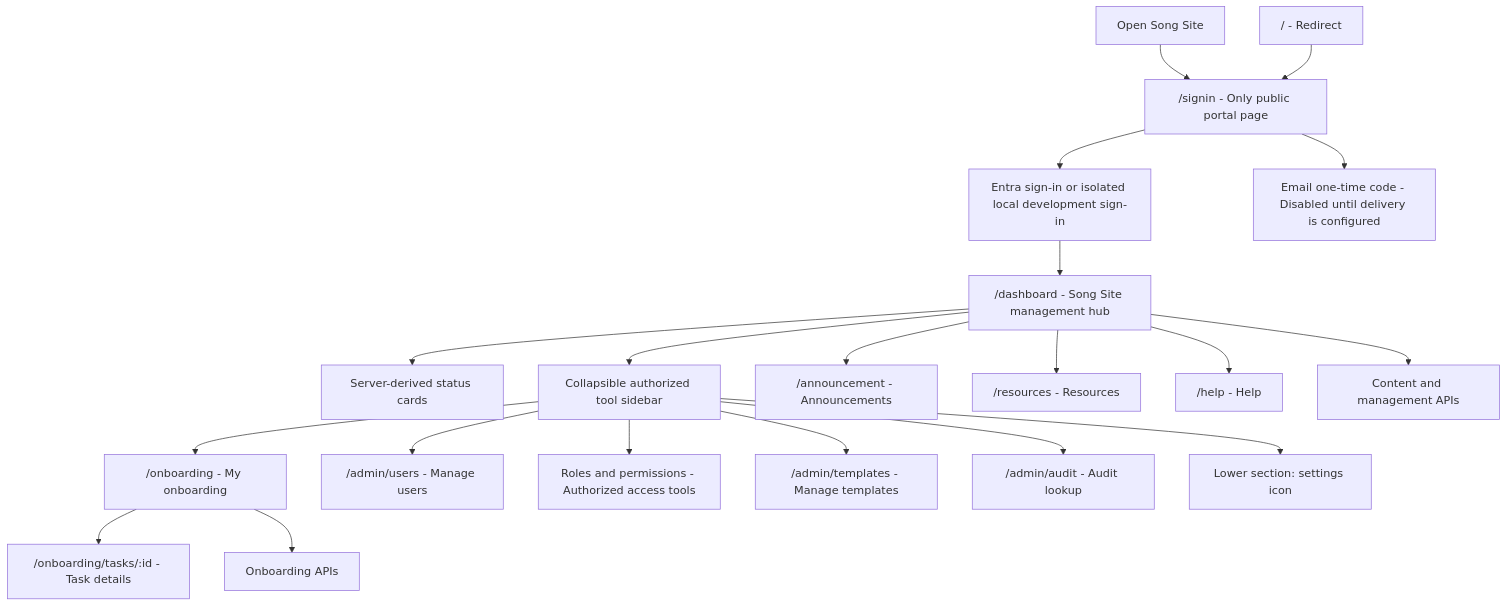
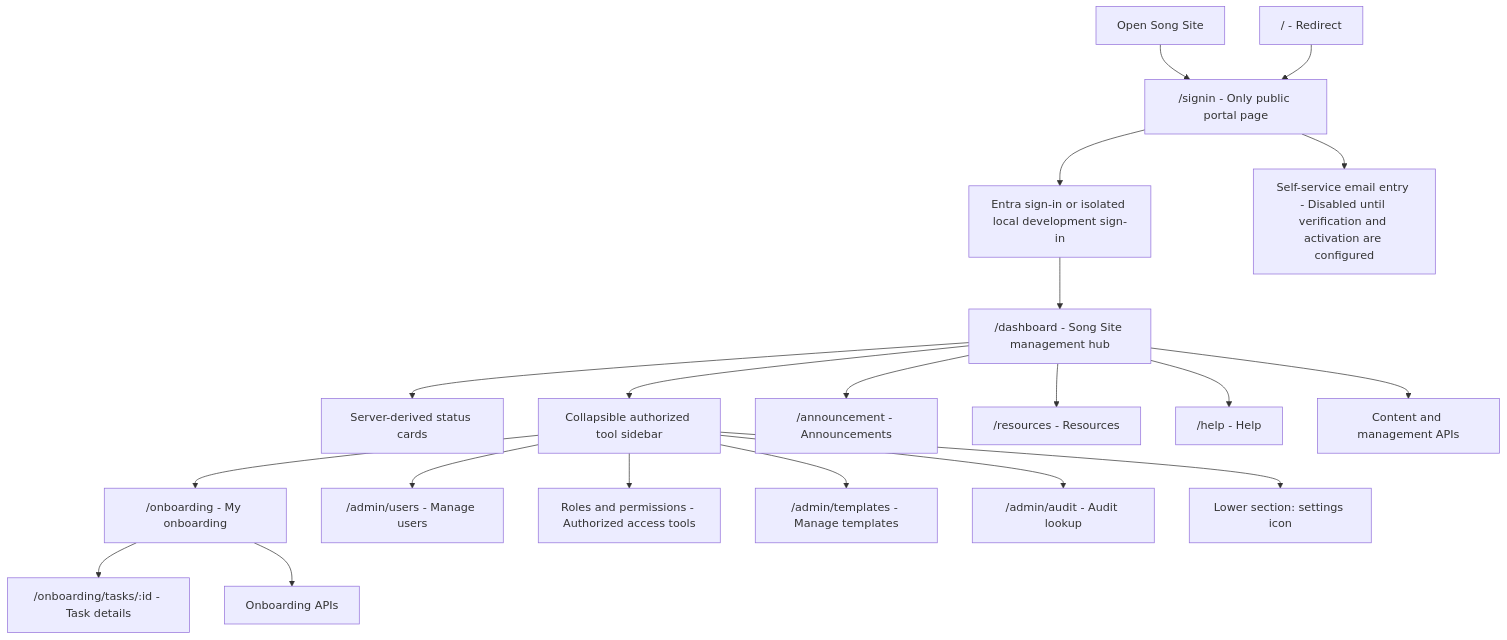
The first of 2 diagrams in docs/navigation-flows.md (jestonibbaguio-max/song-site), drawn with Mermaid before and after one commit. The commit also changed other lines of this file and 9 other files, not shown here.

Commit message:
docs: reconcile bench self-service onboarding status

````diff
--- a/docs/navigation-flows.md
+++ b/docs/navigation-flows.md
@@ -9,23 +9,23 @@
 ```mermaid
 flowchart TD
     START["Open Song Site"] --> SIGNIN["/signin - Only public portal page"]
     ROOT["/ - Redirect"] --> SIGNIN
     SIGNIN --> AUTH["Entra sign-in or isolated local development sign-in"]
-    SIGNIN --> EMAIL["Email one-time code - Disabled until delivery is configured"]
+    SIGNIN --> EMAIL["Self-service email entry - Disabled until verification and activation are configured"]
     AUTH --> DASH["/dashboard - Song Site management hub"]
     DASH --> STATUS["Server-derived status cards"]
     DASH --> SIDEBAR["Collapsible authorized tool sidebar"]
     SIDEBAR --> ONBOARDING["/onboarding - My onboarding"]
     SIDEBAR --> USERS["/admin/users - Manage users"]
     SIDEBAR --> ACCESS["Roles and permissions - Authorized access tools"]
     SIDEBAR --> TEMPLATES["/admin/templates - Manage templates"]
     SIDEBAR --> AUDIT["/admin/audit - Audit lookup"]
     SIDEBAR --> SETTINGS["Lower section: settings icon"]
     DASH --> ANNOUNCEMENT["/announcement - Announcements"]
     DASH --> RESOURCES["/resources - Resources"]
     DASH --> HELP["/help - Help"]
 
     ONBOARDING --> TASKS["/onboarding/tasks/:id - Task details"]
     DASH --> CONTENT["Content and management APIs"]
     ONBOARDING --> API["Onboarding APIs"]
 ```
````
